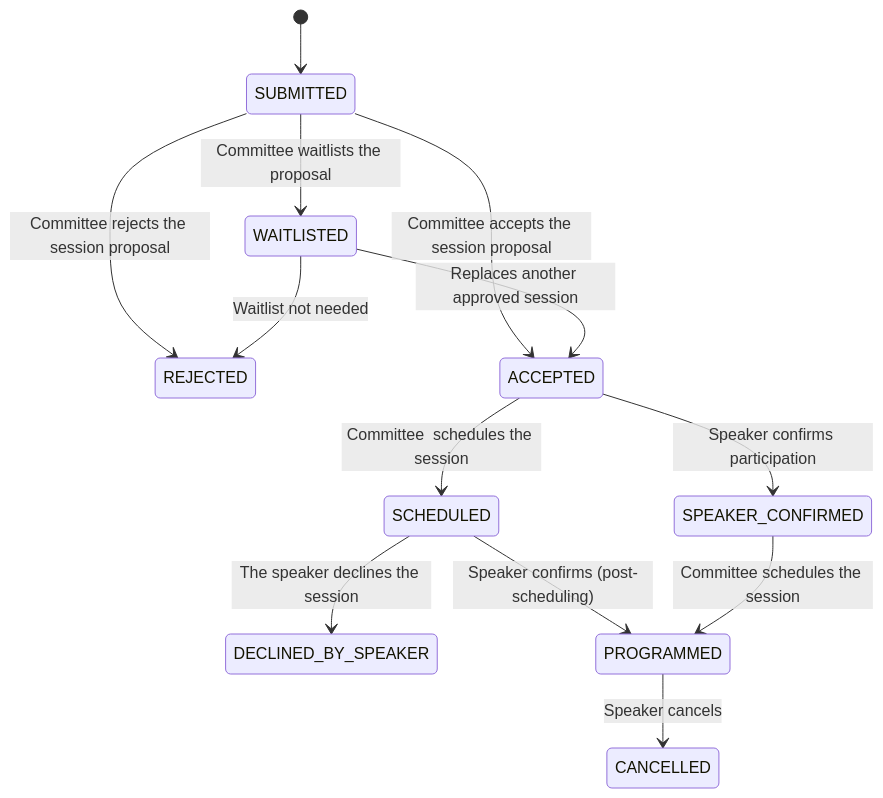
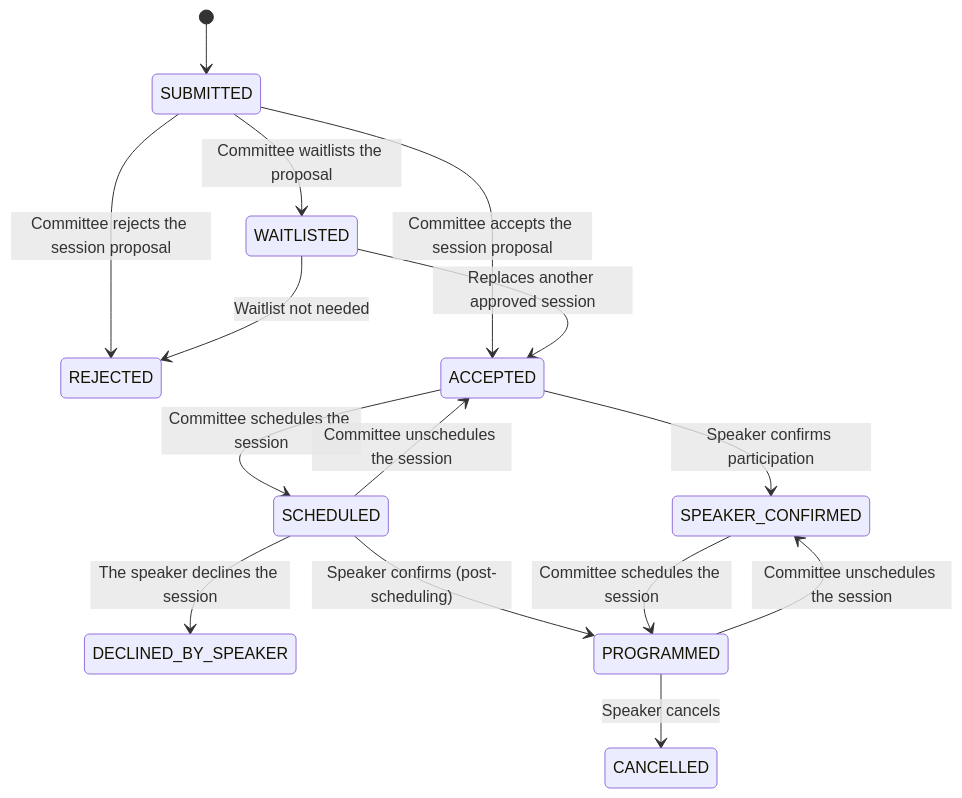
Before and after one commit to schassande/confhouse: the diagram in README.md, drawn with Mermaid. The commit also changed 14 other files, not shown here.

````diff
--- a/README.md
+++ b/README.md
@@ -103,22 +103,24 @@
 ```mermaid
 stateDiagram-v2
     [*] --> SUBMITTED
 
     SUBMITTED --> REJECTED: Committee rejects the session proposal
     SUBMITTED --> ACCEPTED: Committee accepts the session proposal
     SUBMITTED --> WAITLISTED: Committee waitlists the proposal
 
     WAITLISTED --> REJECTED: Waitlist not needed
     WAITLISTED --> ACCEPTED: Replaces another approved session
 
     ACCEPTED --> SPEAKER_CONFIRMED: Speaker confirms participation
-    ACCEPTED --> SCHEDULED: Committee  schedules the session
+    ACCEPTED --> SCHEDULED: Committee schedules the session
 
     SCHEDULED --> DECLINED_BY_SPEAKER: The speaker declines the session
     SCHEDULED --> PROGRAMMED: Speaker confirms (post-scheduling)
+    SCHEDULED --> ACCEPTED: Committee unschedules the session
 
     SPEAKER_CONFIRMED --> PROGRAMMED: Committee schedules the session
 
+    PROGRAMMED --> SPEAKER_CONFIRMED: Committee unschedules the session
     PROGRAMMED --> CANCELLED: Speaker cancels
 
 ```
````
